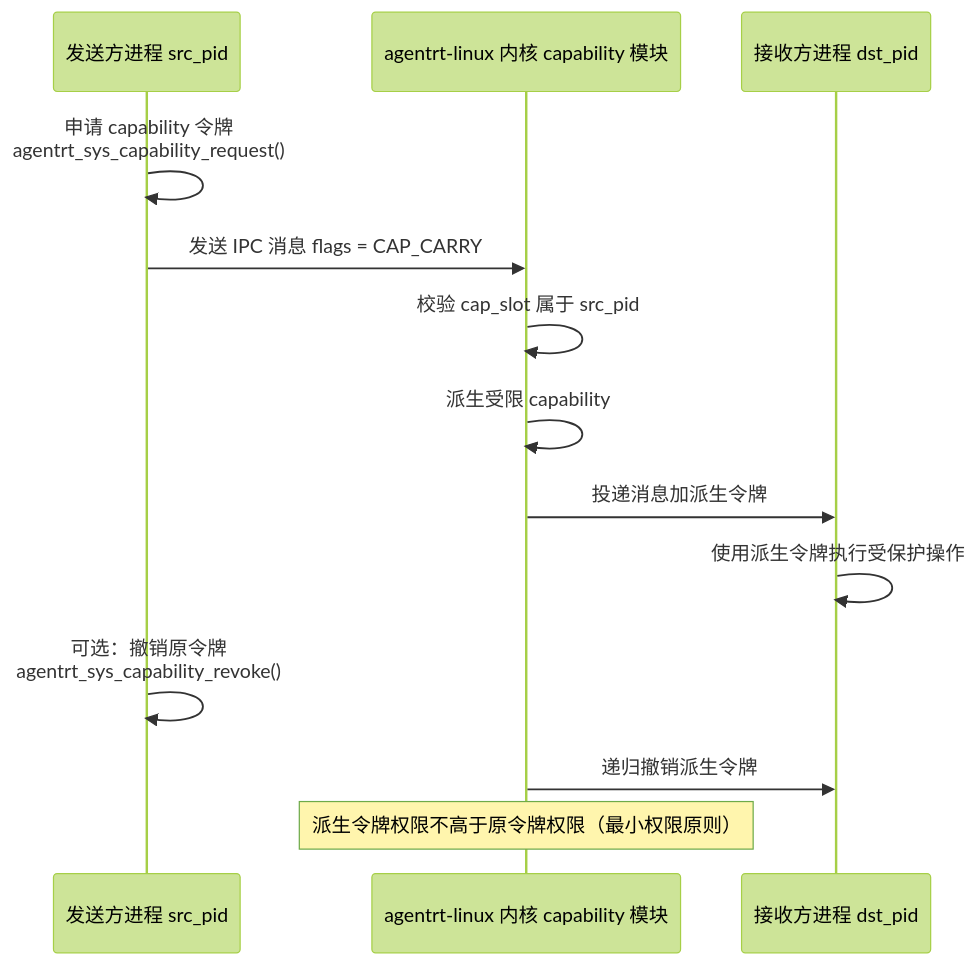
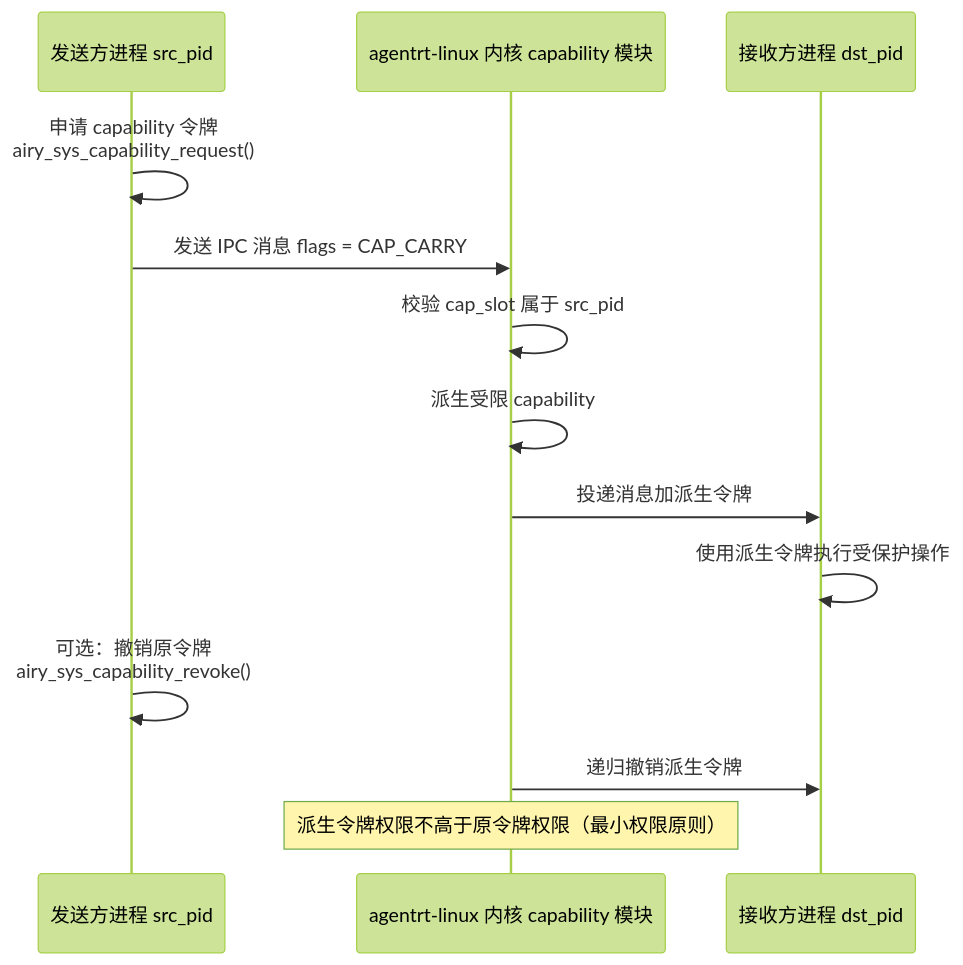
One commit to openairymax/docs-linux changed the second of 2 diagrams in 50-engineering-standards/20-contracts/ipc_protocol_contract.md. Above: the diagram before and after it, drawn with Mermaid (forest theme). The commit also changed other lines of this file and 132 other files, not shown here.

Commit message:
chore: 完成全项目命名空间从agentrt到airy的统一替换 本次提交完成了代码库中所有`agentrt_`相关命名空间、宏定义、标识符的统一替换，改为`airy_`前缀，同时完成了部分文档的排版优化与路径修正： 1. 替换了所有API函数、结构体、宏定义的命名前缀 2. 更新了文档中的示例代码与引用路径

````diff
--- a/50-engineering-standards/20-contracts/ipc_protocol_contract.md
+++ b/50-engineering-standards/20-contracts/ipc_protocol_contract.md
@@ -230,17 +218,17 @@
 ```mermaid
 sequenceDiagram
     participant S as 发送方进程 src_pid
     participant K as agentrt-linux 内核 capability 模块
     participant R as 接收方进程 dst_pid
 
-    S->>S: 申请 capability 令牌<br/>agentrt_sys_capability_request()
+    S->>S: 申请 capability 令牌<br/>airy_sys_capability_request()
     S->>K: 发送 IPC 消息 flags = CAP_CARRY
     K->>K: 校验 cap_slot 属于 src_pid
     K->>K: 派生受限 capability
     K->>R: 投递消息加派生令牌
     R->>R: 使用派生令牌执行受保护操作
-    S->>S: 可选：撤销原令牌<br/>agentrt_sys_capability_revoke()
+    S->>S: 可选：撤销原令牌<br/>airy_sys_capability_revoke()
     K->>R: 递归撤销派生令牌
 
     Note over K: 派生令牌权限不高于原令牌权限（最小权限原则）
 ```
````
